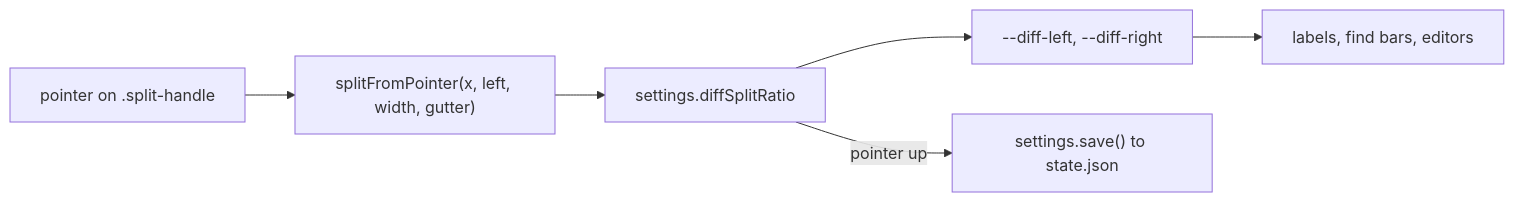
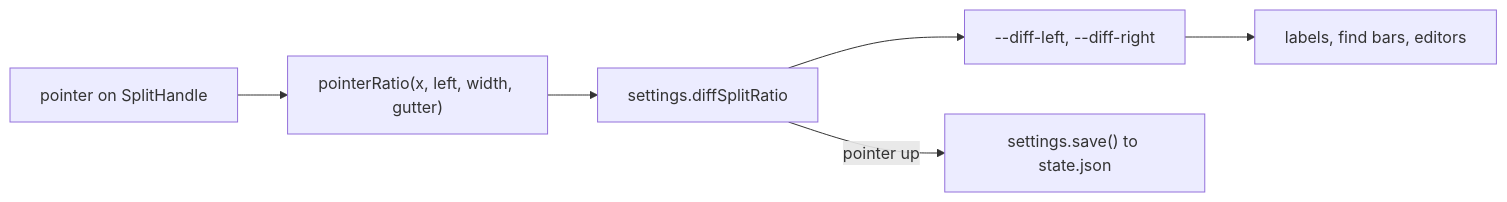
The second of 3 diagrams in docs/wiki/developer/How-Diffs-Work.md (shibbirweb/git-manager), drawn with Mermaid before and after one commit. The commit also changed other lines of this file and 53 other files, not shown here.

````diff
--- a/docs/wiki/developer/How-Diffs-Work.md
+++ b/docs/wiki/developer/How-Diffs-Work.md
@@ -53,8 +53,8 @@
 ```mermaid
 flowchart LR
-  Drag["pointer on .split-handle"] --> Ratio["splitFromPointer(x, left, width, gutter)"]
+  Drag["pointer on SplitHandle"] --> Ratio["pointerRatio(x, left, width, gutter)"]
   Ratio --> Setting["settings.diffSplitRatio"]
   Setting --> Vars["--diff-left, --diff-right"]
   Vars --> Rows["labels, find bars, editors"]
   Setting -->|"pointer up"| Save["settings.save() to state.json"]
 ```
````
